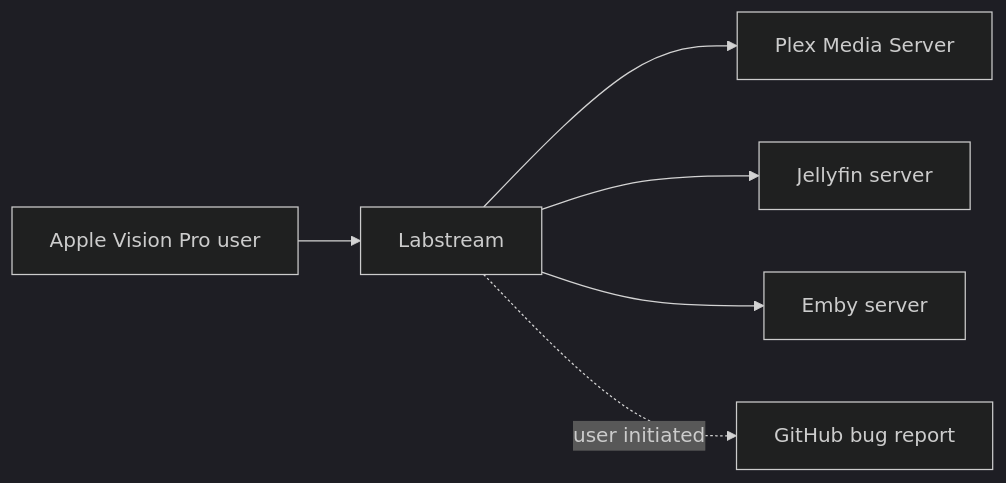
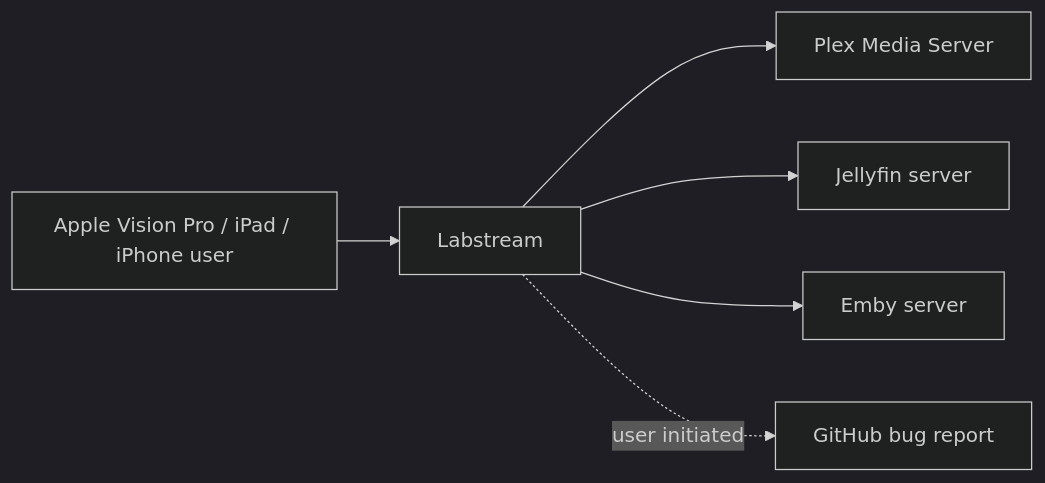
The diagram in docs/index.md (jlipworth/Labstream), drawn with Mermaid (dark theme) before and after one commit. The commit also changed other lines of this file and 56 other files, not shown here.

````diff
--- a/docs/index.md
+++ b/docs/index.md
@@ -5,8 +5,8 @@
 ```mermaid
 flowchart LR
-  User[Apple Vision Pro user] --> App[Labstream]
+  User[Apple Vision Pro / iPad / iPhone user] --> App[Labstream]
   App --> Plex[Plex Media Server]
   App --> Jellyfin[Jellyfin server]
   App --> Emby[Emby server]
   App -. user initiated .-> Issue[GitHub bug report]
 ```
````
